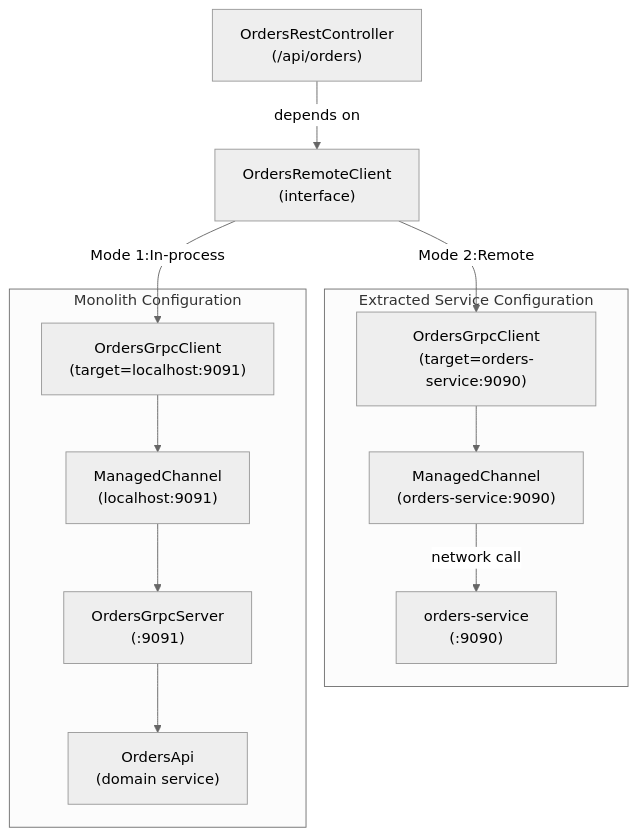
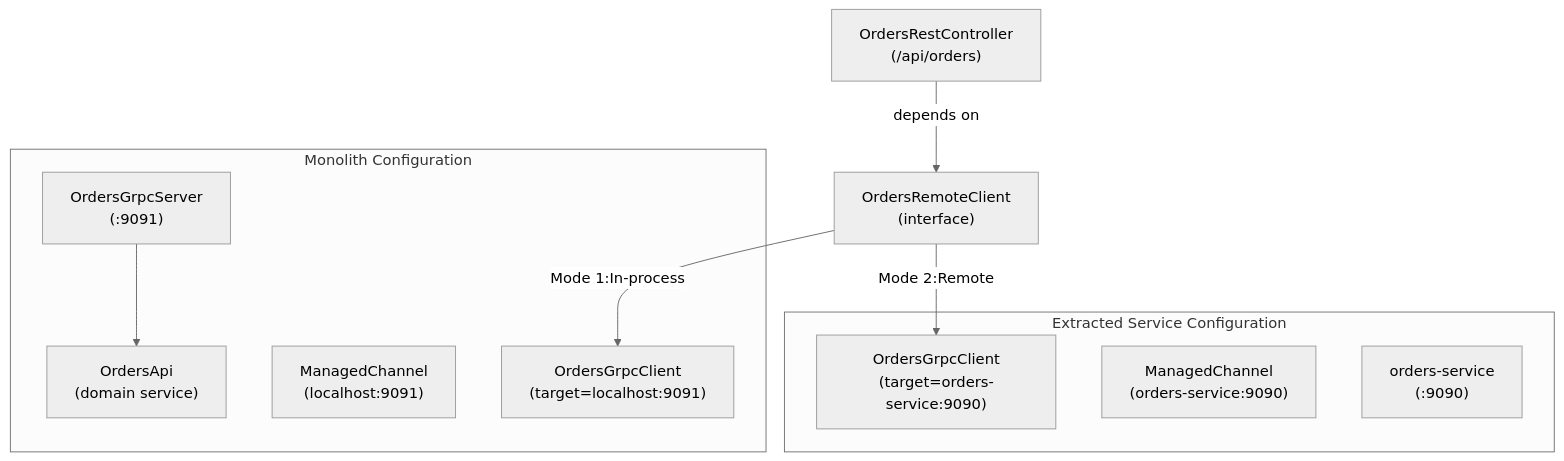
The sixth of 6 diagrams in docs/deepwiki/gRPC-Services-and-Protocol-Buffers.md (philipz/spring-modular-monolith), drawn with Mermaid (neutral theme) before and after one commit. The commit also changed other lines of this file and 32 other files, not shown here.

````diff
--- a/docs/deepwiki/gRPC-Services-and-Protocol-Buffers.md
+++ b/docs/deepwiki/gRPC-Services-and-Protocol-Buffers.md
@@ -384,35 +382,31 @@
 ```mermaid
 flowchart TD
 
 OrdersRestController["OrdersRestController<br>(/api/orders)"]
 OrdersRemoteClient["OrdersRemoteClient<br>(interface)"]
 OrdersGrpcClient_Local["OrdersGrpcClient<br>(target=localhost:9091)"]
 ManagedChannel_Local["ManagedChannel<br>(localhost:9091)"]
 OrdersGrpcServer["OrdersGrpcServer<br>(:9091)"]
 OrdersApi["OrdersApi<br>(domain service)"]
 OrdersGrpcClient_Remote["OrdersGrpcClient<br>(target=orders-service:9090)"]
 ManagedChannel_Remote["ManagedChannel<br>(orders-service:9090)"]
 ExternalOrdersService["orders-service<br>(:9090)"]
 
 OrdersRestController -->|"depends on"| OrdersRemoteClient
 OrdersRemoteClient -->|"Mode 1:In-process"| OrdersGrpcClient_Local
 OrdersRemoteClient -->|"Mode 2:Remote"| OrdersGrpcClient_Remote
 
 subgraph subGraph1 ["Extracted Service Configuration"]
     OrdersGrpcClient_Remote
     ManagedChannel_Remote
     ExternalOrdersService
-    OrdersGrpcClient_Remote --> ManagedChannel_Remote
-    ManagedChannel_Remote -->|"network call"| ExternalOrdersService
 end
 
 subgraph subGraph0 ["Monolith Configuration"]
     OrdersGrpcClient_Local
     ManagedChannel_Local
     OrdersGrpcServer
     OrdersApi
-    OrdersGrpcClient_Local --> ManagedChannel_Local
-    ManagedChannel_Local --> OrdersGrpcServer
     OrdersGrpcServer --> OrdersApi
 end
 ```
````
